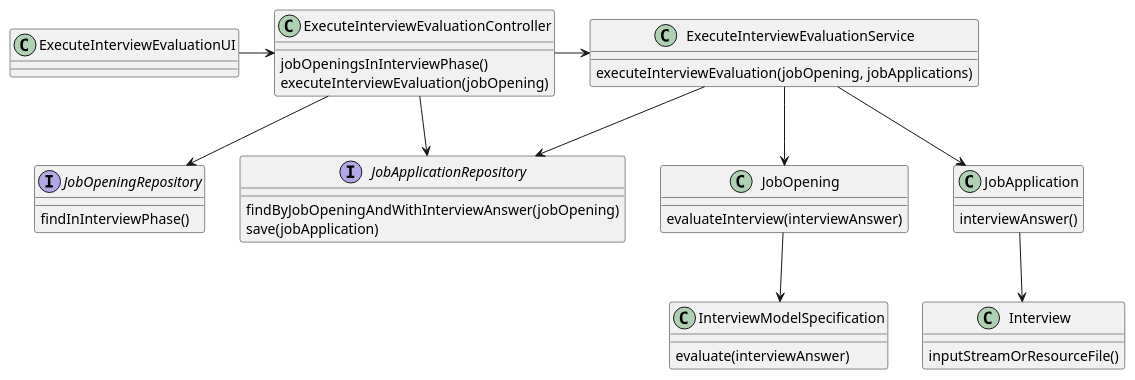
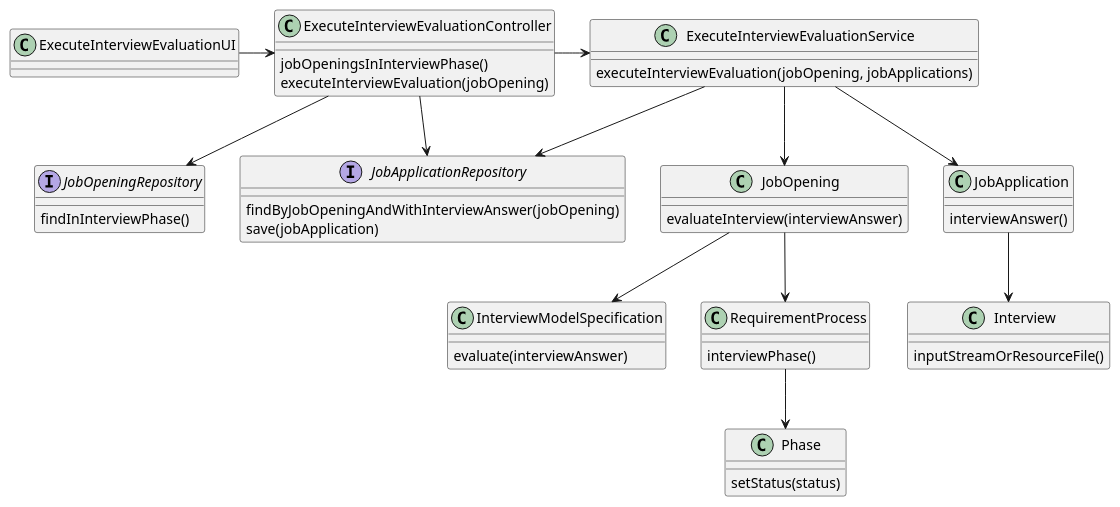
The diagram in docs/SprintC/us1018/CD/CD.puml (Rodrick0209/ISEP-SEM4PI-23-24), drawn with PlantUML before and after one commit. The commit also changed 5 other files, not shown here.

Commit message:
US1018 Design fixed (added transaction context in service of changing interview phase to active or finished depending on context and add requirement answer accepted business rule to double verification) #48

```diff
--- a/docs/SprintC/us1018/CD/CD.puml
+++ b/docs/SprintC/us1018/CD/CD.puml
@@ -1,43 +1,51 @@
 @startuml
 'https://plantuml.com/class-diagram
 
 class ExecuteInterviewEvaluationUI
 class ExecuteInterviewEvaluationController {
     jobOpeningsInInterviewPhase()
     executeInterviewEvaluation(jobOpening)
     }
 class ExecuteInterviewEvaluationService{
     executeInterviewEvaluation(jobOpening, jobApplications)
     }
 interface JobOpeningRepository{
     findInInterviewPhase()
     }
 interface JobApplicationRepository{
     findByJobOpeningAndWithInterviewAnswer(jobOpening)
     save(jobApplication)
     }
 class JobOpening{
     evaluateInterview(interviewAnswer)
     }
 class JobApplication{
     interviewAnswer()
 }
 class InterviewModelSpecification{
     evaluate(interviewAnswer)
     }
 class Interview{
     inputStreamOrResourceFile()
     }
+class RequirementProcess{
+    interviewPhase()
+    }
+class Phase{
+    setStatus(status)
+    }
 
 
 ExecuteInterviewEvaluationUI -> ExecuteInterviewEvaluationController
 ExecuteInterviewEvaluationController --> JobOpeningRepository
 ExecuteInterviewEvaluationController --> JobApplicationRepository
 ExecuteInterviewEvaluationController -> ExecuteInterviewEvaluationService
 ExecuteInterviewEvaluationService --> JobApplicationRepository
 ExecuteInterviewEvaluationService --> JobOpening
 ExecuteInterviewEvaluationService --> JobApplication
 JobOpening --> InterviewModelSpecification
+JobOpening --> RequirementProcess
+RequirementProcess --> Phase
 JobApplication --> Interview
 
 @enduml
```
